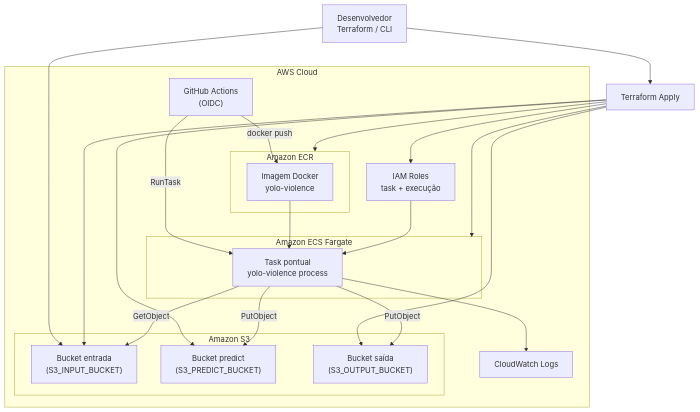
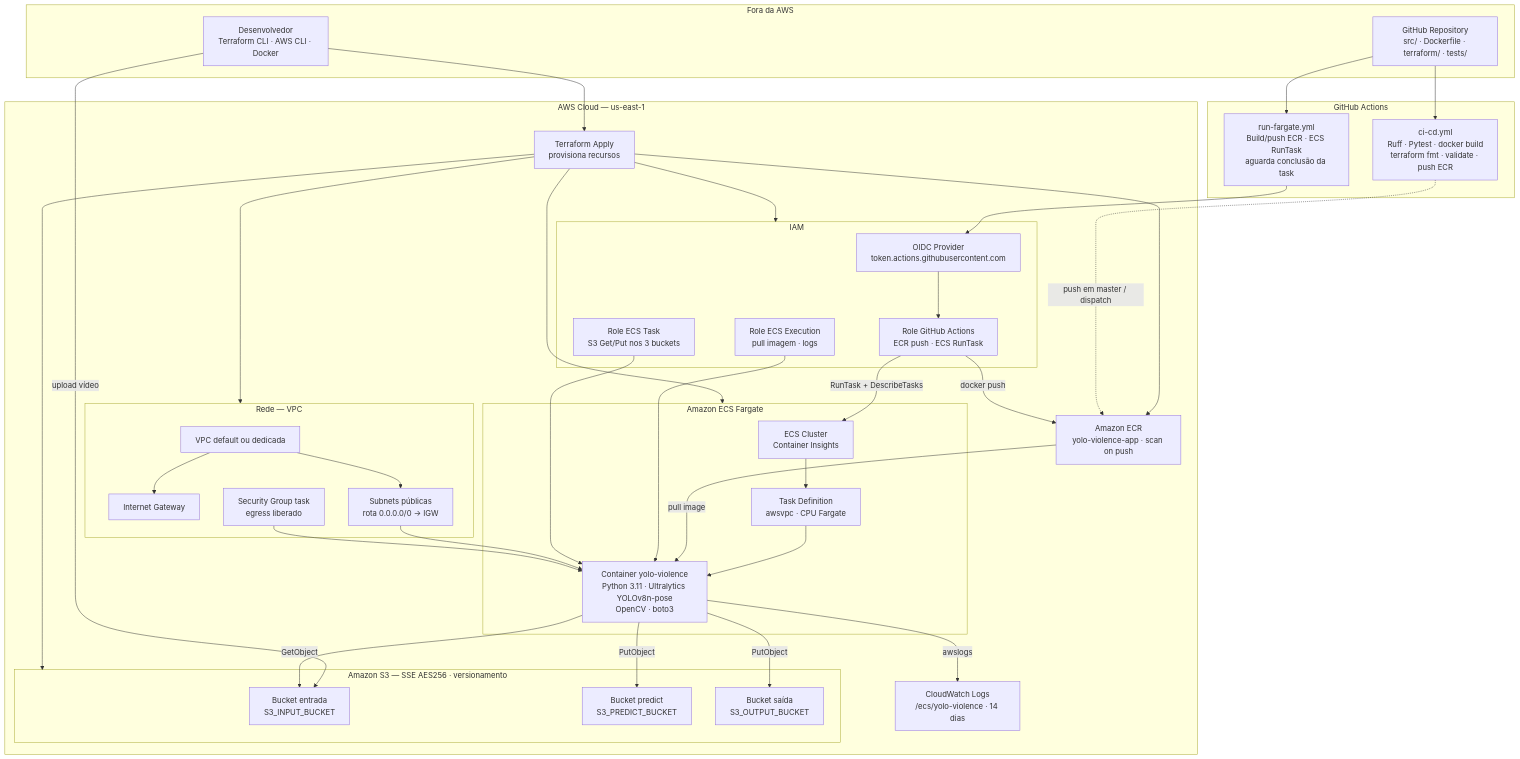
One commit to brunojose1977/fiap-tech-challenger-fase4 changed the diagram in README.md. Above: the diagram before and after it, drawn with Mermaid. The commit also changed other lines of this file and 7 other files, not shown here.

````diff
--- a/README.md
+++ b/README.md
@@ -144,36 +158,77 @@
 ```mermaid
 flowchart TB
-  subgraph aws["AWS Cloud"]
-    subgraph s3["Amazon S3"]
-      B1["Bucket entrada\n(S3_INPUT_BUCKET)"]
-      B2["Bucket predict\n(S3_PREDICT_BUCKET)"]
-      B3["Bucket saída\n(S3_OUTPUT_BUCKET)"]
+  subgraph external["Fora da AWS"]
+    DEV["Desenvolvedor\nTerraform CLI · AWS CLI · Docker"]
+    REPO["GitHub Repository\nsrc/ · Dockerfile · terraform/ · tests/"]
+  end
+
+  subgraph gha["GitHub Actions"]
+    WF_CI["ci-cd.yml\nRuff · Pytest · docker build\nterraform fmt · validate · push ECR"]
+    WF_RUN["run-fargate.yml\nBuild/push ECR · ECS RunTask\naguarda conclusão da task"]
+  end
+
+  REPO --> WF_CI
+  REPO --> WF_RUN
+
+  subgraph aws["AWS Cloud — us-east-1"]
+    TF["Terraform Apply\nprovisiona recursos"]
+
+    subgraph iam["IAM"]
+      OIDC["OIDC Provider\ntoken.actions.githubusercontent.com"]
+      ROLE_GH["Role GitHub Actions\nECR push · ECS RunTask"]
+      ROLE_EXEC["Role ECS Execution\npull imagem · logs"]
+      ROLE_TASK["Role ECS Task\nS3 Get/Put nos 3 buckets"]
     end
-    subgraph ecr["Amazon ECR"]
-      IMG["Imagem Docker\nyolo-violence"]
+
+    subgraph net["Rede — VPC"]
+      VPC["VPC default ou dedicada"]
+      IGW["Internet Gateway"]
+      SUB["Subnets públicas\nrota 0.0.0.0/0 → IGW"]
+      SG["Security Group task\negress liberado"]
+      VPC --> IGW
+      VPC --> SUB
     end
-    subgraph ecs["Amazon ECS Fargate"]
-      TASK["Task pontual\nyolo-violence process"]
+
+    subgraph storage["Amazon S3 — SSE AES256 · versionamento"]
+      B_IN["Bucket entrada\nS3_INPUT_BUCKET"]
+      B_PRED["Bucket predict\nS3_PREDICT_BUCKET"]
+      B_OUT["Bucket saída\nS3_OUTPUT_BUCKET"]
     end
-    CW["CloudWatch Logs"]
-    IAM["IAM Roles\ntask + execução"]
-    GH["GitHub Actions\n(OIDC)"]
+
+    ECR["Amazon ECR\nyolo-violence-app · scan on push"]
+
+    subgraph ecs_block["Amazon ECS Fargate"]
+      CLUSTER["ECS Cluster\nContainer Insights"]
+      TD["Task Definition\nawsvpc · CPU Fargate"]
+      TASK["Container yolo-violence\nPython 3.11 · Ultralytics YOLOv8n-pose\nOpenCV · boto3"]
+      CLUSTER --> TD --> TASK
+    end
+
+    CW["CloudWatch Logs\n/ecs/yolo-violence · 14 dias"]
   end
-  DEV["Desenvolvedor\nTerraform / CLI"]
-  DEV --> B1
-  DEV --> terraform["Terraform Apply"]
-  terraform --> B1
-  terraform --> B2
-  terraform --> B3
-  terraform --> ecr
-  terraform --> ecs
-  terraform --> IAM
-  GH -->|"docker push"| IMG
-  GH -->|"RunTask"| TASK
-  IMG --> TASK
-  IAM --> TASK
-  TASK --> CW
-  TASK -->|"GetObject"| B1
-  TASK -->|"PutObject"| B2
-  TASK -->|"PutObject"| B3
+
+  DEV -->|"upload vídeo"| B_IN
+  DEV --> TF
+  TF --> storage
+  TF --> ECR
+  TF --> ecs_block
+  TF --> iam
+  TF --> net
+
+  WF_CI -.->|"push em master / dispatch"| ECR
+  WF_RUN --> OIDC
+  OIDC --> ROLE_GH
+  ROLE_GH -->|"docker push"| ECR
+  ROLE_GH -->|"RunTask + DescribeTasks"| CLUSTER
+
+  ECR -->|"pull image"| TASK
+  ROLE_EXEC --> TASK
+  ROLE_TASK --> TASK
+  SUB --> TASK
+  SG --> TASK
+
+  TASK -->|"awslogs"| CW
+  TASK -->|"GetObject"| B_IN
+  TASK -->|"PutObject"| B_PRED
+  TASK -->|"PutObject"| B_OUT
 ```
````
